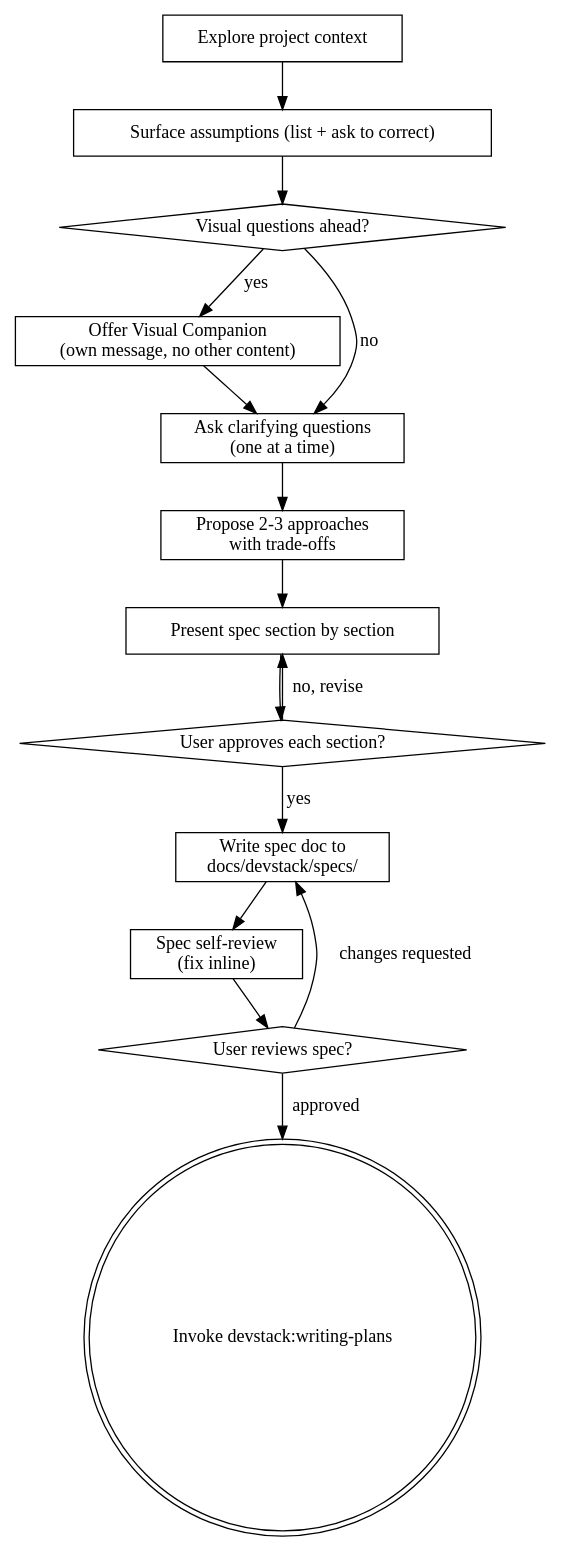
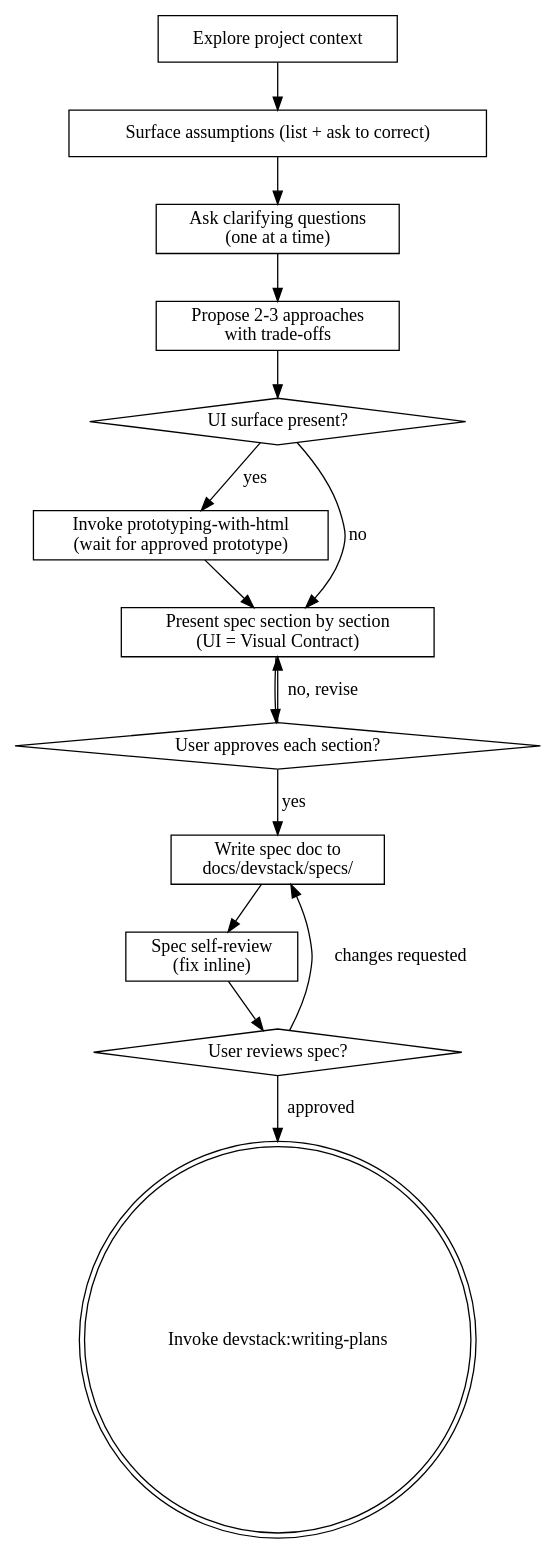
Before and after one commit to Yanzn/devstack: the diagram in skills/brainstorming/SKILL.md, drawn with Graphviz. The commit also changed other lines of this file and 10 other files, not shown here.

````diff
--- a/skills/brainstorming/SKILL.md
+++ b/skills/brainstorming/SKILL.md
@@ -52,31 +60,31 @@
 ```dot
 digraph brainstorming {
     "Explore project context" [shape=box];
     "Surface assumptions (list + ask to correct)" [shape=box];
-    "Visual questions ahead?" [shape=diamond];
-    "Offer Visual Companion\n(own message, no other content)" [shape=box];
     "Ask clarifying questions\n(one at a time)" [shape=box];
     "Propose 2-3 approaches\nwith trade-offs" [shape=box];
-    "Present spec section by section" [shape=box];
+    "UI surface present?" [shape=diamond];
+    "Invoke prototyping-with-html\n(wait for approved prototype)" [shape=box];
+    "Present spec section by section\n(UI = Visual Contract)" [shape=box];
     "User approves each section?" [shape=diamond];
     "Write spec doc to\ndocs/devstack/specs/" [shape=box];
     "Spec self-review\n(fix inline)" [shape=box];
     "User reviews spec?" [shape=diamond];
     "Invoke devstack:writing-plans" [shape=doublecircle];
 
     "Explore project context" -> "Surface assumptions (list + ask to correct)";
-    "Surface assumptions (list + ask to correct)" -> "Visual questions ahead?";
-    "Visual questions ahead?" -> "Offer Visual Companion\n(own message, no other content)" [label="yes"];
-    "Visual questions ahead?" -> "Ask clarifying questions\n(one at a time)" [label="no"];
-    "Offer Visual Companion\n(own message, no other content)" -> "Ask clarifying questions\n(one at a time)";
+    "Surface assumptions (list + ask to correct)" -> "Ask clarifying questions\n(one at a time)";
     "Ask clarifying questions\n(one at a time)" -> "Propose 2-3 approaches\nwith trade-offs";
-    "Propose 2-3 approaches\nwith trade-offs" -> "Present spec section by section";
-    "Present spec section by section" -> "User approves each section?";
-    "User approves each section?" -> "Present spec section by section" [label="no, revise"];
+    "Propose 2-3 approaches\nwith trade-offs" -> "UI surface present?";
+    "UI surface present?" -> "Invoke prototyping-with-html\n(wait for approved prototype)" [label="yes"];
+    "UI surface present?" -> "Present spec section by section\n(UI = Visual Contract)" [label="no"];
+    "Invoke prototyping-with-html\n(wait for approved prototype)" -> "Present spec section by section\n(UI = Visual Contract)";
+    "Present spec section by section\n(UI = Visual Contract)" -> "User approves each section?";
+    "User approves each section?" -> "Present spec section by section\n(UI = Visual Contract)" [label="no, revise"];
     "User approves each section?" -> "Write spec doc to\ndocs/devstack/specs/" [label="yes"];
     "Write spec doc to\ndocs/devstack/specs/" -> "Spec self-review\n(fix inline)";
     "Spec self-review\n(fix inline)" -> "User reviews spec?";
     "User reviews spec?" -> "Write spec doc to\ndocs/devstack/specs/" [label="changes requested"];
     "User reviews spec?" -> "Invoke devstack:writing-plans" [label="approved"];
 }
 ```
````
